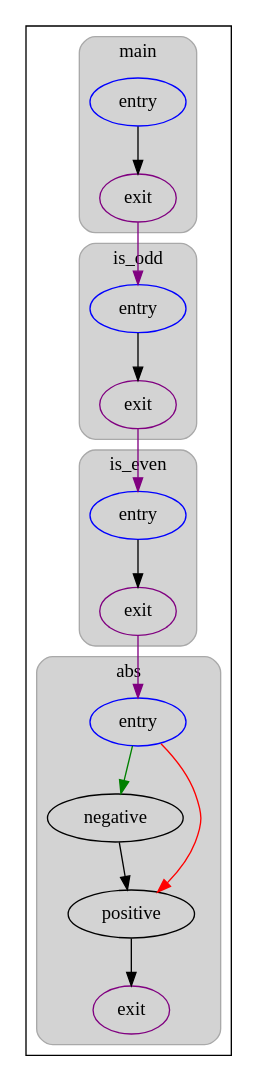
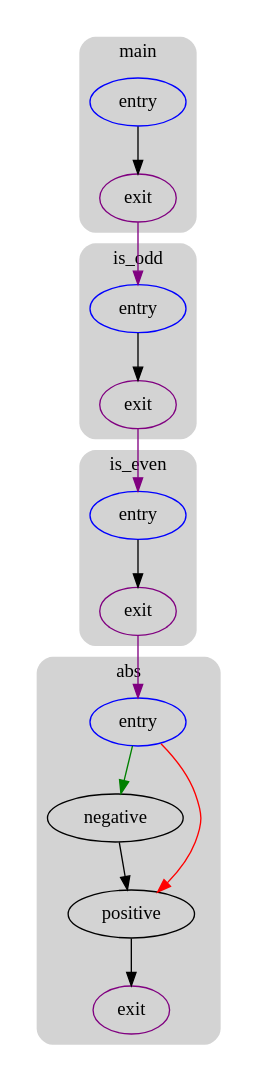
The diagram in playground/logicless-iseven.cfg.dot (UnsignedByte/6120), drawn with Graphviz before and after one commit. The commit also changed 28 other files, not shown here.

```diff
--- a/playground/logicless-iseven.cfg.dot
+++ b/playground/logicless-iseven.cfg.dot
@@ -1,49 +1,50 @@
 strict digraph G {
   compound=true
   subgraph cluster_0 {
+    peripheries=0
     subgraph cluster_0_0 {
       label="main"
       color=darkgray
       style=rounded
       bgcolor=lightgray
       cluster_0_0_0[label="entry",shape=oval,color=blue,rank=source]
       cluster_0_0_exit[label=exit,color=purple,rank=sink]
       cluster_0_0_0 -> cluster_0_0_exit [color=black]
     }
     subgraph cluster_0_1 {
       label="abs"
       color=darkgray
       style=rounded
       bgcolor=lightgray
       cluster_0_1_0[label="entry",shape=oval,color=blue,rank=source]
       cluster_0_1_1[label="negative",shape=oval]
       cluster_0_1_2[label="positive",shape=oval]
       cluster_0_1_exit[label=exit,color=purple,rank=sink]
       cluster_0_1_0 -> cluster_0_1_1 [color=green]
       cluster_0_1_0 -> cluster_0_1_2 [color=red]
       cluster_0_1_1 -> cluster_0_1_2
       cluster_0_1_2 -> cluster_0_1_exit [color=black]
     }
     subgraph cluster_0_2 {
       label="is_even"
       color=darkgray
       style=rounded
       bgcolor=lightgray
       cluster_0_2_0[label="entry",shape=oval,color=blue,rank=source]
       cluster_0_2_exit[label=exit,color=purple,rank=sink]
       cluster_0_2_0 -> cluster_0_2_exit [color=black]
     }
     subgraph cluster_0_3 {
       label="is_odd"
       color=darkgray
       style=rounded
       bgcolor=lightgray
       cluster_0_3_0[label="entry",shape=oval,color=blue,rank=source]
       cluster_0_3_exit[label=exit,color=purple,rank=sink]
       cluster_0_3_0 -> cluster_0_3_exit [color=black]
     }
     cluster_0_0_exit -> cluster_0_3_0 [color=purple]
     cluster_0_2_exit -> cluster_0_1_0 [color=purple]
     cluster_0_3_exit -> cluster_0_2_0 [color=purple]
   }
 }
```
